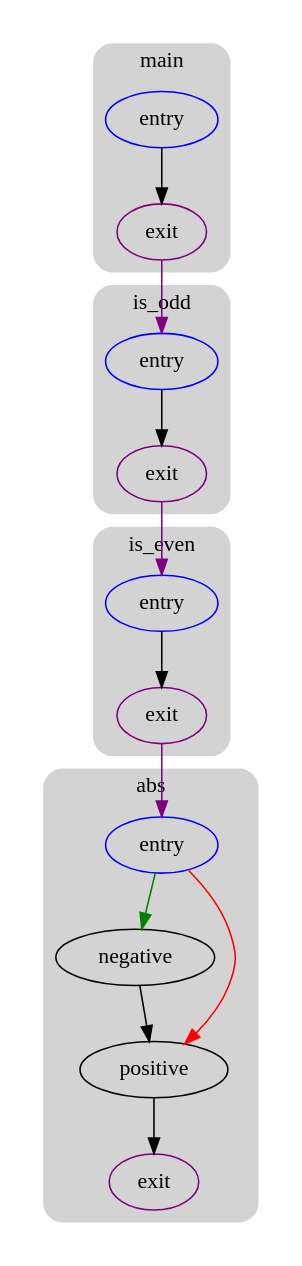
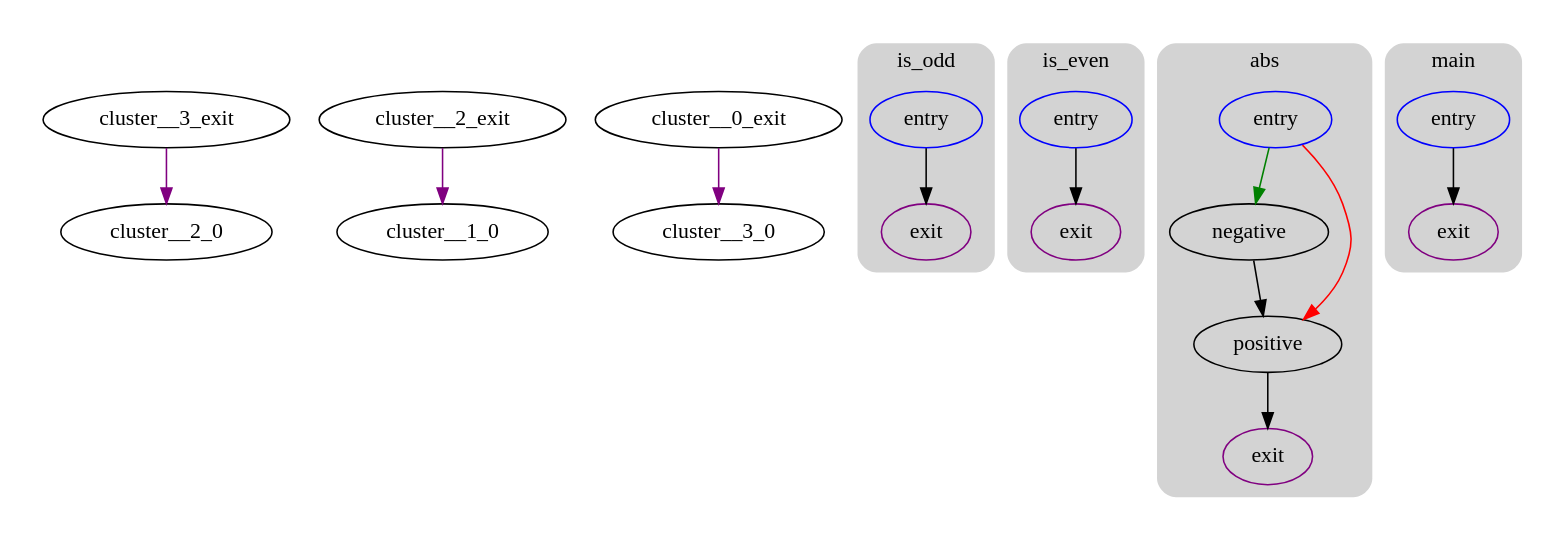
One commit to UnsignedByte/6120 changed the diagram in playground/logicless-iseven.cfg.dot. Above: the diagram before and after it, drawn with Graphviz. The commit also changed 31 other files, not shown here.

```diff
--- a/playground/logicless-iseven.cfg.dot
+++ b/playground/logicless-iseven.cfg.dot
@@ -1,50 +1,50 @@
 strict digraph G {
   compound=true
-  subgraph cluster_0 {
+  subgraph cluster_ {
     peripheries=0
-    subgraph cluster_0_0 {
+    subgraph cluster_0 {
       label="main"
       color=darkgray
       style=rounded
       bgcolor=lightgray
-      cluster_0_0_0[label="entry",shape=oval,color=blue,rank=source]
-      cluster_0_0_exit[label=exit,color=purple,rank=sink]
-      cluster_0_0_0 -> cluster_0_0_exit [color=black]
+      cluster_0_0[label="entry",shape=oval,color=blue,rank=source]
+      cluster_0_exit[label=exit,color=purple,rank=sink]
+      cluster_0_0 -> cluster_0_exit [color=black]
     }
-    subgraph cluster_0_1 {
+    subgraph cluster_1 {
       label="abs"
       color=darkgray
       style=rounded
       bgcolor=lightgray
-      cluster_0_1_0[label="entry",shape=oval,color=blue,rank=source]
-      cluster_0_1_1[label="negative",shape=oval]
-      cluster_0_1_2[label="positive",shape=oval]
-      cluster_0_1_exit[label=exit,color=purple,rank=sink]
-      cluster_0_1_0 -> cluster_0_1_1 [color=green]
-      cluster_0_1_0 -> cluster_0_1_2 [color=red]
-      cluster_0_1_1 -> cluster_0_1_2
-      cluster_0_1_2 -> cluster_0_1_exit [color=black]
+      cluster_1_0[label="entry",shape=oval,color=blue,rank=source]
+      cluster_1_1[label="negative",shape=oval]
+      cluster_1_2[label="positive",shape=oval]
+      cluster_1_exit[label=exit,color=purple,rank=sink]
+      cluster_1_0 -> cluster_1_1 [color=green]
+      cluster_1_0 -> cluster_1_2 [color=red]
+      cluster_1_1 -> cluster_1_2
+      cluster_1_2 -> cluster_1_exit [color=black]
     }
-    subgraph cluster_0_2 {
+    subgraph cluster_2 {
       label="is_even"
       color=darkgray
       style=rounded
       bgcolor=lightgray
-      cluster_0_2_0[label="entry",shape=oval,color=blue,rank=source]
-      cluster_0_2_exit[label=exit,color=purple,rank=sink]
-      cluster_0_2_0 -> cluster_0_2_exit [color=black]
+      cluster_2_0[label="entry",shape=oval,color=blue,rank=source]
+      cluster_2_exit[label=exit,color=purple,rank=sink]
+      cluster_2_0 -> cluster_2_exit [color=black]
     }
-    subgraph cluster_0_3 {
+    subgraph cluster_3 {
       label="is_odd"
       color=darkgray
       style=rounded
       bgcolor=lightgray
-      cluster_0_3_0[label="entry",shape=oval,color=blue,rank=source]
-      cluster_0_3_exit[label=exit,color=purple,rank=sink]
-      cluster_0_3_0 -> cluster_0_3_exit [color=black]
+      cluster_3_0[label="entry",shape=oval,color=blue,rank=source]
+      cluster_3_exit[label=exit,color=purple,rank=sink]
+      cluster_3_0 -> cluster_3_exit [color=black]
     }
-    cluster_0_0_exit -> cluster_0_3_0 [color=purple]
-    cluster_0_2_exit -> cluster_0_1_0 [color=purple]
-    cluster_0_3_exit -> cluster_0_2_0 [color=purple]
+    cluster__0_exit -> cluster__3_0 [color=purple]
+    cluster__2_exit -> cluster__1_0 [color=purple]
+    cluster__3_exit -> cluster__2_0 [color=purple]
   }
 }
```
